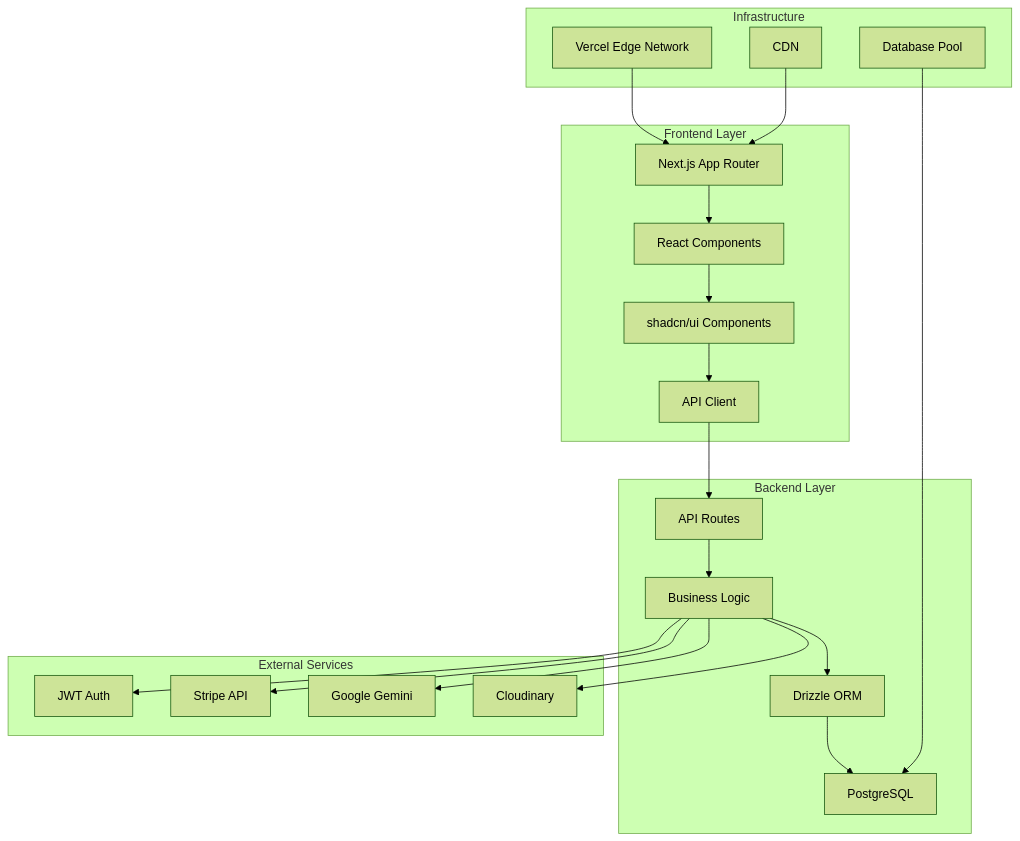
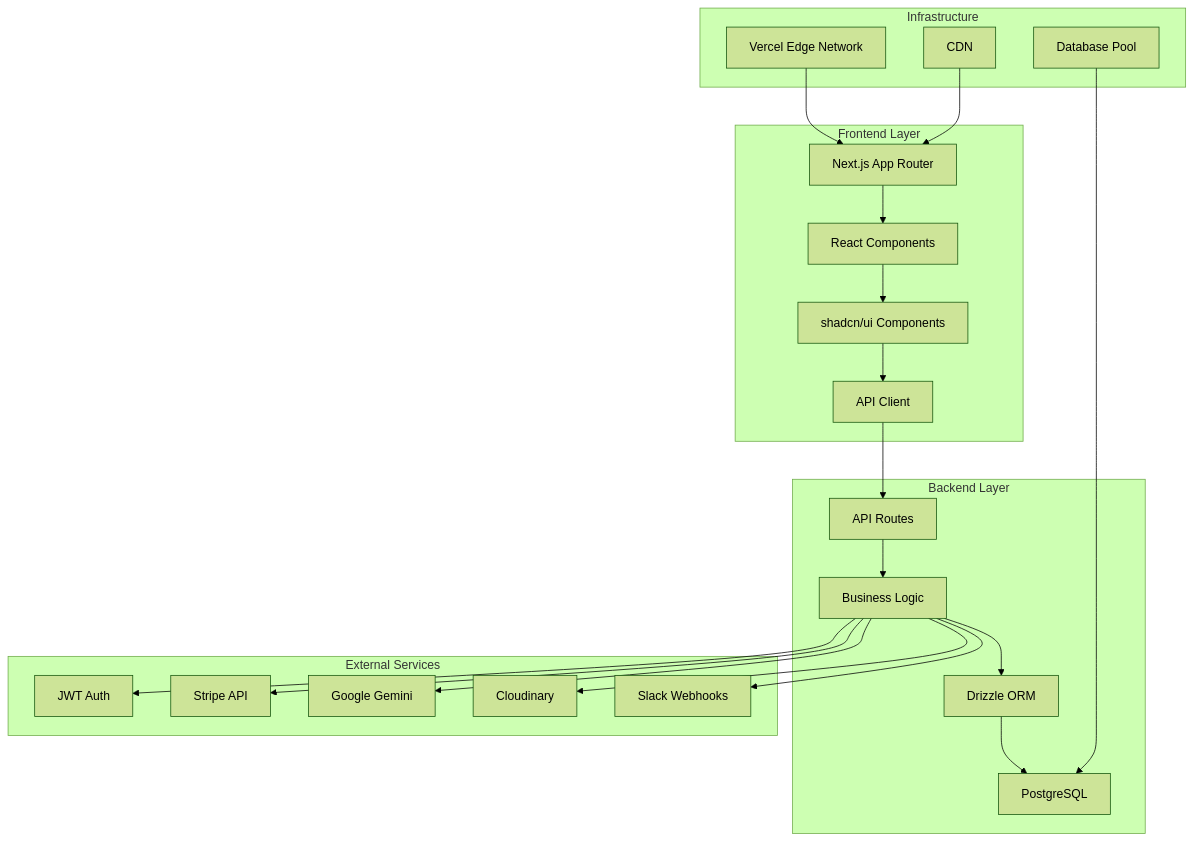
The first of 6 diagrams in README.md (NZ-SheSharp/she-sharp), drawn with Mermaid (forest theme) before and after one commit. The commit also changed other lines of this file and 1 other file, not shown here.

First line of the commit message:
docs: update CLAUDE.md and README.md with Slack integration details

````diff
--- a/README.md
+++ b/README.md
@@ -537,37 +543,39 @@
 ```mermaid
 graph TB
     subgraph "Frontend Layer"
         A[Next.js App Router] --> B[React Components]
         B --> C[shadcn/ui Components]
         C --> D[API Client]
     end
     
     subgraph "Backend Layer"
         E[API Routes] --> F[Business Logic]
         F --> G[Drizzle ORM]
         G --> H[PostgreSQL]
     end
     
     subgraph "External Services"
         I[JWT Auth]
         J[Stripe API]
         K[Google Gemini]
         L[Cloudinary]
+        P[Slack Webhooks]
     end
     
     D --> E
     F --> I
     F --> J
     F --> K
     F --> L
+    F --> P
     
     subgraph "Infrastructure"
         M[Vercel Edge Network]
         N[CDN]
         O[Database Pool]
     end
     
     M --> A
     N --> A
     O --> H
 ```
````
